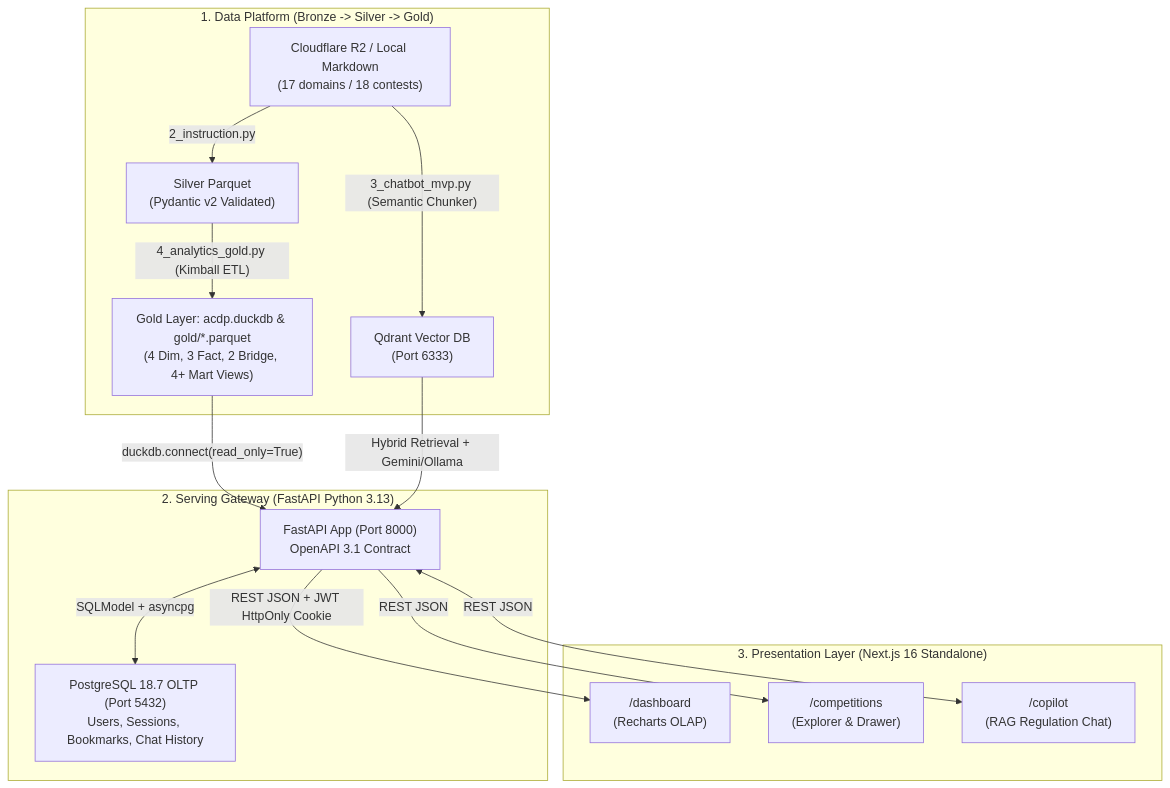
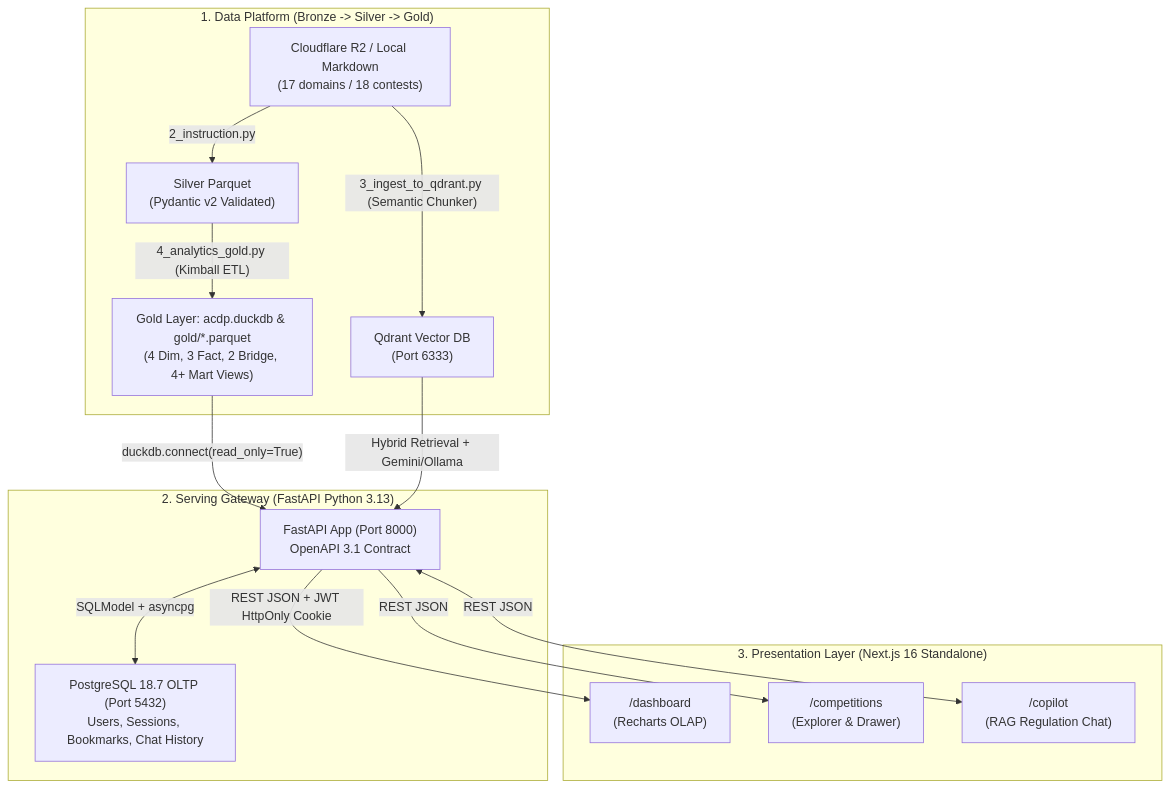
Before and after one commit to darktheDE/acdp-platform: the first of 4 diagrams in docs/tasks/sprint-web-01-research-plan.md, drawn with Mermaid. The commit also changed other lines of this file and 33 other files, not shown here.

````diff
--- a/docs/tasks/sprint-web-01-research-plan.md
+++ b/docs/tasks/sprint-web-01-research-plan.md
@@ -125,26 +125,26 @@
 ```mermaid
 flowchart TB
     subgraph L1["1. Data Platform (Bronze -> Silver -> Gold)"]
         R2["Cloudflare R2 / Local Markdown<br>(17 domains / 18 contests)"] -->|"2_instruction.py"| SILVER["Silver Parquet<br>(Pydantic v2 Validated)"]
         SILVER -->|"4_analytics_gold.py (Kimball ETL)"| GOLD["Gold Layer: acdp.duckdb & gold/*.parquet<br>(4 Dim, 3 Fact, 2 Bridge, 4+ Mart Views)"]
-        R2 -->|"3_chatbot_mvp.py (Semantic Chunker)"| QDRANT["Qdrant Vector DB<br>(Port 6333)"]
+        R2 -->|"3_ingest_to_qdrant.py (Semantic Chunker)"| QDRANT["Qdrant Vector DB<br>(Port 6333)"]
     end
 
     subgraph L2["2. Serving Gateway (FastAPI Python 3.13)"]
         API["FastAPI App (Port 8000)<br>OpenAPI 3.1 Contract"]
         PG["PostgreSQL 18.7 OLTP (Port 5432)<br>Users, Sessions, Bookmarks, Chat History"]
     end
 
     subgraph L3["3. Presentation Layer (Next.js 16 Standalone)"]
         DASH["/dashboard<br>(Recharts OLAP)"]
         EXP["/competitions<br>(Explorer & Drawer)"]
         CHAT["/copilot<br>(RAG Regulation Chat)"]
     end
 
     GOLD -->|"duckdb.connect(read_only=True)"| API
     QDRANT -->|"Hybrid Retrieval + Gemini/Ollama"| API
     API <-->|"SQLModel + asyncpg"| PG
     API -->|"REST JSON + JWT HttpOnly Cookie"| DASH
     API -->|"REST JSON"| EXP
     API <-->|"REST JSON"| CHAT
 ```
````
